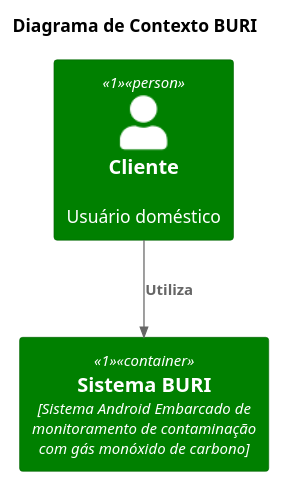
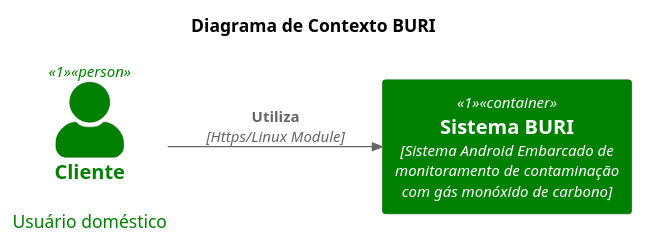
One commit to adevancomp/TCC-Android-Embarcado-BURI changed the diagram in main/source/arquitetura-buri-context-lv-1.puml. Above: the diagram before and after it, drawn with PlantUML.

Commit message:
configura layout de diagrama de contexto

```diff
--- a/main/source/arquitetura-buri-context-lv-1.puml
+++ b/main/source/arquitetura-buri-context-lv-1.puml
@@ -1,14 +1,17 @@
 @startuml UEA BURI
 !include https://raw.githubusercontent.com/plantuml-stdlib/C4-PlantUML/master/C4_Container.puml
+
+SHOW_PERSON_PORTRAIT()
+LAYOUT_LEFT_RIGHT()
 
 title Diagrama de Contexto BURI
 
 AddElementTag("1", $bgColor="Green", $borderColor="DarkGreen", $fontColor="White")
 
 Person(user_app, "Cliente" ,"Usuário doméstico", $tags="1")
 
 Container(buri_container,"Sistema BURI","Sistema Android Embarcado de monitoramento de contaminação com gás monóxido de carbono", $tags="1")
 
-Rel(user_app,buri_container,"Utiliza")
+Rel(user_app,buri_container,"Utiliza","Https/Linux Module")
 
 @enduml
```
